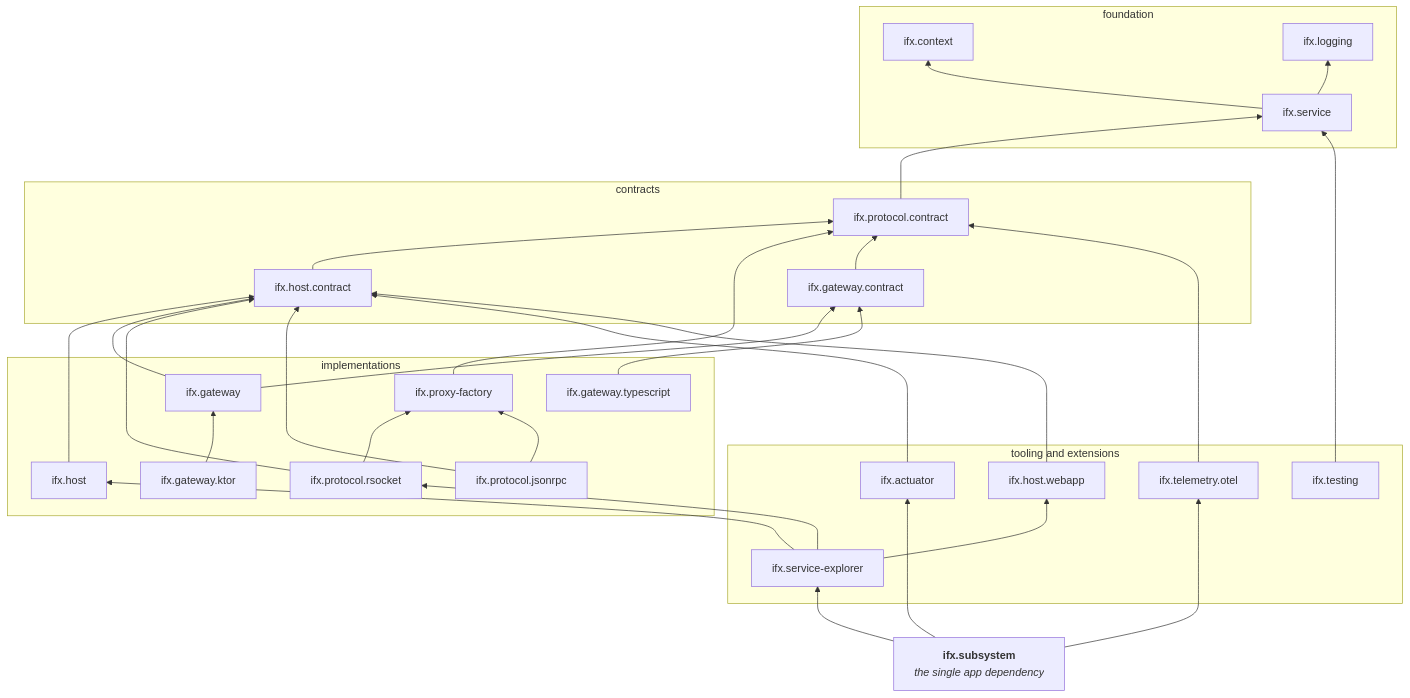
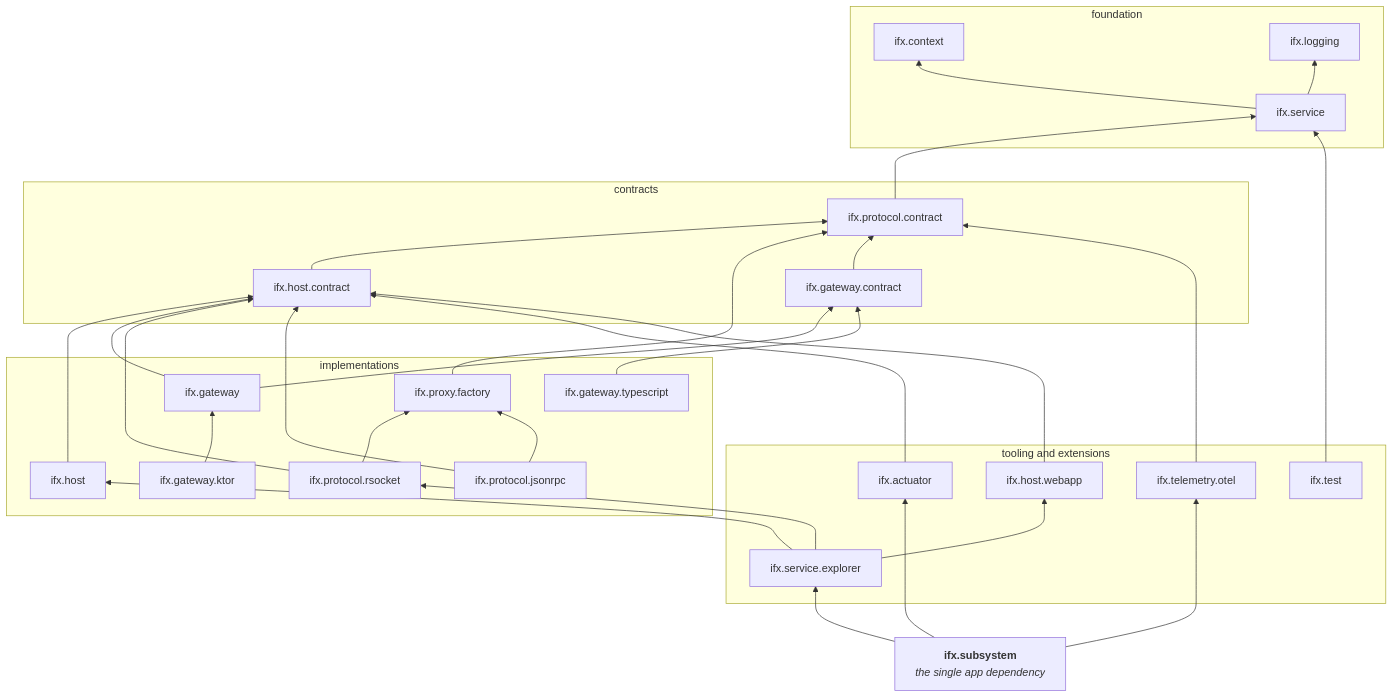
Before and after one commit to carbide-ifx/carbide: the second of 10 diagrams in docs/diagrams.md, drawn with Mermaid. The commit also changed other lines of this file and 57 other files, not shown here.

````diff
--- a/docs/diagrams.md
+++ b/docs/diagrams.md
@@ -61,60 +61,60 @@
 ```mermaid
 flowchart BT
     subgraph base["foundation"]
         ifx_context["ifx.context"]
         ifx_logging["ifx.logging"]
         ifx_service["ifx.service"]
     end
 
     subgraph contracts["contracts"]
         ifx_protocol_contract["ifx.protocol.contract"]
         ifx_host_contract["ifx.host.contract"]
         ifx_gateway_contract["ifx.gateway.contract"]
     end
 
     subgraph impl["implementations"]
         ifx_host["ifx.host"]
-        ifx_proxy_factory["ifx.proxy-factory"]
+        ifx_proxy_factory["ifx.proxy.factory"]
         ifx_gateway["ifx.gateway"]
         ifx_protocol_rsocket["ifx.protocol.rsocket"]
         ifx_protocol_jsonrpc["ifx.protocol.jsonrpc"]
         ifx_gateway_ktor["ifx.gateway.ktor"]
         ifx_gateway_typescript["ifx.gateway.typescript"]
     end
 
     subgraph tooling["tooling and extensions"]
         ifx_actuator["ifx.actuator"]
         ifx_host_webapp["ifx.host.webapp"]
-        ifx_service_explorer["ifx.service-explorer"]
+        ifx_service_explorer["ifx.service.explorer"]
         ifx_telemetry_otel["ifx.telemetry.otel"]
-        ifx_testing["ifx.testing"]
+        ifx_testing["ifx.test"]
     end
 
     ifx_subsystem["<b>ifx.subsystem</b><br/><i>the single app dependency</i>"]
 
     ifx_service --> ifx_context
     ifx_service --> ifx_logging
     ifx_protocol_contract --> ifx_service
     ifx_host_contract --> ifx_protocol_contract
     ifx_proxy_factory --> ifx_protocol_contract
     ifx_gateway_contract --> ifx_protocol_contract
     ifx_host --> ifx_host_contract
     ifx_gateway --> ifx_gateway_contract
     ifx_gateway --> ifx_host_contract
     ifx_protocol_rsocket --> ifx_host_contract
     ifx_protocol_jsonrpc --> ifx_host_contract
     ifx_protocol_rsocket --> ifx_proxy_factory
     ifx_protocol_jsonrpc --> ifx_proxy_factory
     ifx_gateway_ktor --> ifx_gateway
     ifx_gateway_typescript --> ifx_gateway_contract
     ifx_actuator --> ifx_host_contract
     ifx_host_webapp --> ifx_host_contract
     ifx_service_explorer --> ifx_host
     ifx_service_explorer --> ifx_host_webapp
     ifx_service_explorer --> ifx_protocol_rsocket
     ifx_telemetry_otel --> ifx_protocol_contract
     ifx_testing --> ifx_service
     ifx_subsystem --> ifx_actuator
     ifx_subsystem --> ifx_service_explorer
     ifx_subsystem --> ifx_telemetry_otel
 ```
````
